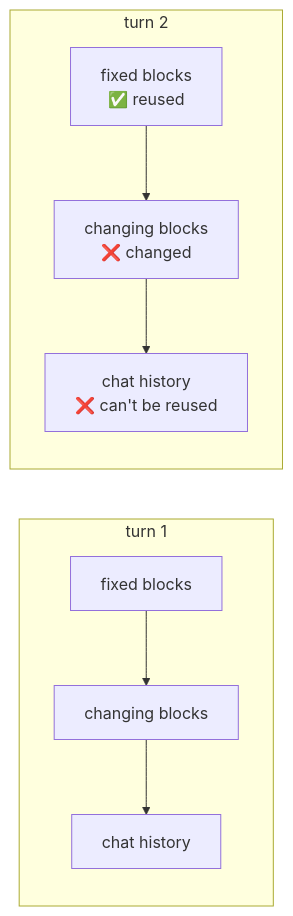
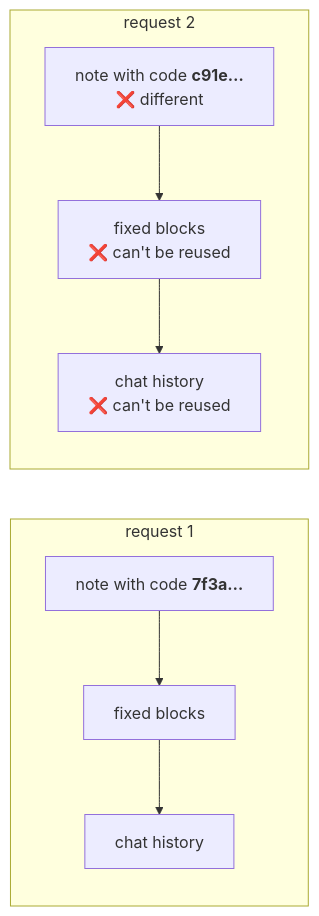
Before and after one commit to AlenGeoAlex/alenalex.me: the ninth of 9 diagrams in blogs/engineering-prompts-for-a-real-app/01-building-blocks/index.md, drawn with Mermaid. The commit also changed other lines of this file, not shown here.

````diff
--- a/blogs/engineering-prompts-for-a-real-app/01-building-blocks/index.md
+++ b/blogs/engineering-prompts-for-a-real-app/01-building-blocks/index.md
@@ -309,9 +308,9 @@
 ```mermaid
 flowchart LR
-  subgraph T1["turn 1"]
-    A1["fixed blocks"] --> B1["changing blocks"] --> C1["chat history"]
+  subgraph R1["request 1"]
+    A1["note with code <b>7f3a…</b>"] --> B1["fixed blocks"] --> C1["chat history"]
   end
-  subgraph T2["turn 2"]
-    A2["fixed blocks<br/>✅ reused"] --> B2["changing blocks<br/>❌ changed"] --> C2["chat history<br/>❌ can't be reused"]
+  subgraph R2["request 2"]
+    A2["note with code <b>c91e…</b><br/>❌ different"] --> B2["fixed blocks<br/>❌ can't be reused"] --> C2["chat history<br/>❌ can't be reused"]
   end
 ```
````
